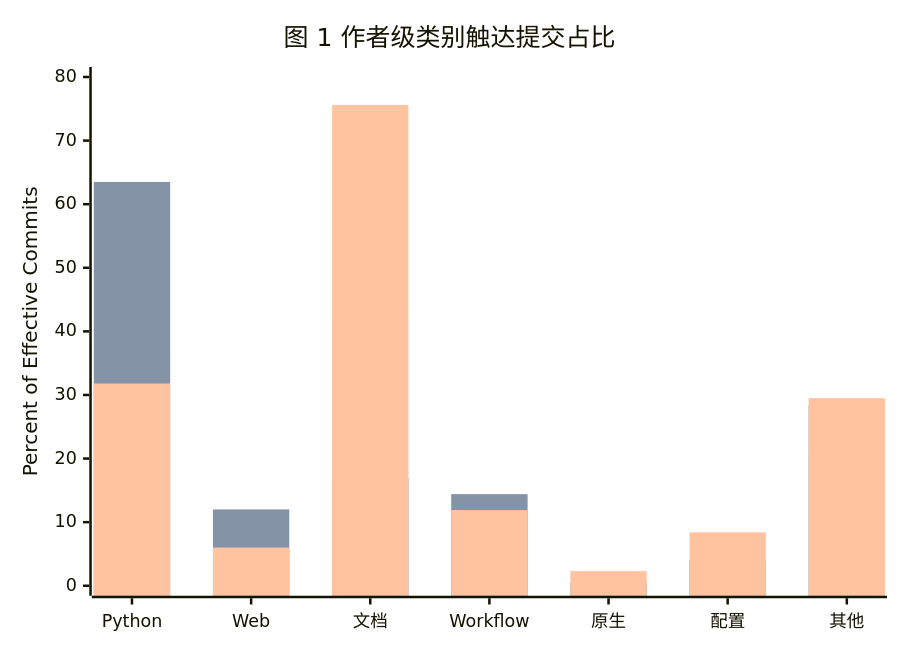
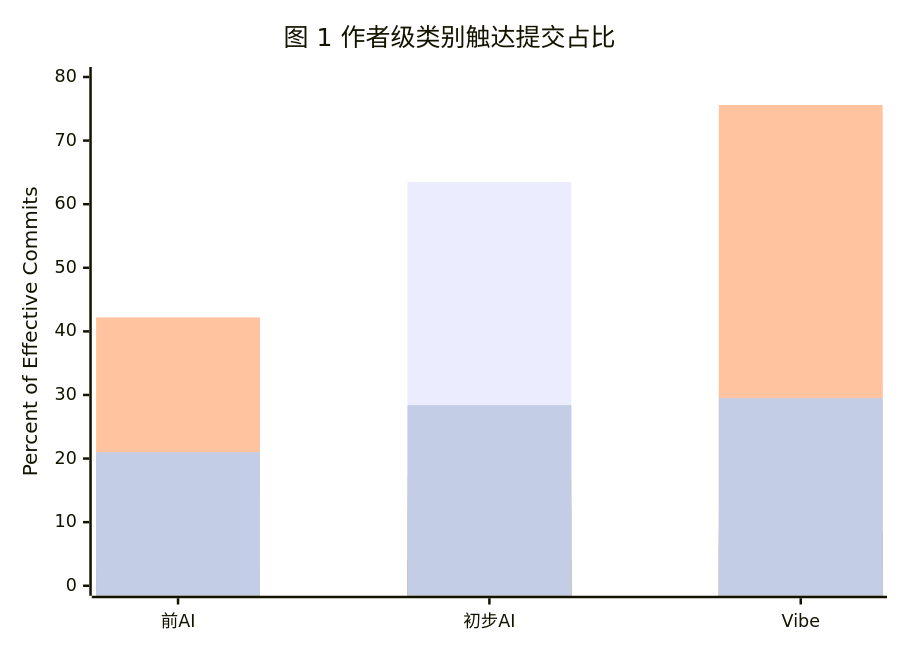
Before and after one commit to HansBug/HansBug.github.io: the fifth of 10 diagrams in src/content/blog/llm/from-trench-to-command-desk-ai-writing-coding-productivity.md, drawn with Mermaid. The commit also changed other lines of this file, not shown here.

````diff
--- a/src/content/blog/llm/from-trench-to-command-desk-ai-writing-coding-productivity.md
+++ b/src/content/blog/llm/from-trench-to-command-desk-ai-writing-coding-productivity.md
@@ -233,11 +233,15 @@
 ```mermaid
-%% series-labels: 前AI|初步AI|Vibe
-%% series-colors: #8fd6ff|#f2c16d|#8fe1ba
+%% series-labels: Python生态|Web/Node前端|文档/写作|工程化/Workflow|原生/系统|配置/元数据|其他
+%% series-colors: #5aa9e6|#7fc8a9|#f2c14e|#ef476f|#6c5ce7|#8d99ae|#ff9f1c
 xychart-beta
     title "图 1 作者级类别触达提交占比"
-    x-axis ["Python", "Web", "文档", "Workflow", "原生", "配置", "其他"]
+    x-axis ["前AI", "初步AI", "Vibe"]
     y-axis "Percent of Effective Commits" 0 --> 80
-    bar [37.1, 4.4, 42.2, 14.4, 0.0, 2.6, 21.0]
-    bar [63.5, 12.0, 16.9, 14.4, 0.5, 4.0, 28.4]
-    bar [31.8, 6.0, 75.6, 11.9, 2.3, 8.4, 29.5]
+    bar [37.1, 63.5, 31.8]
+    bar [4.4, 12.0, 6.0]
+    bar [42.2, 16.9, 75.6]
+    bar [14.4, 14.4, 11.9]
+    bar [0.0, 0.5, 2.3]
+    bar [2.6, 4.0, 8.4]
+    bar [21.0, 28.4, 29.5]
 ```
````
